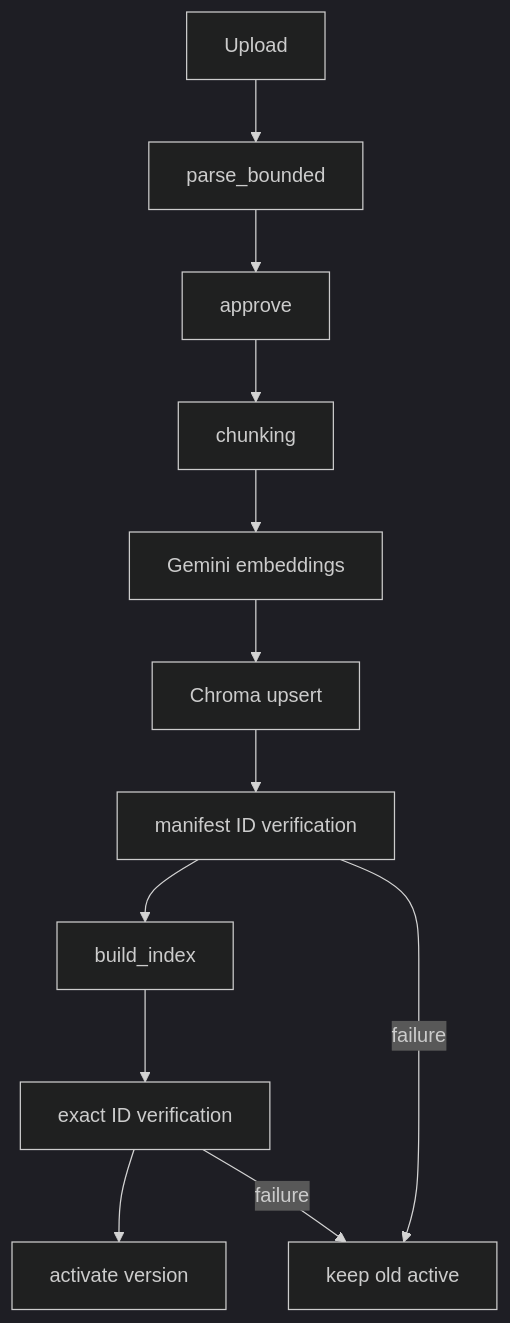
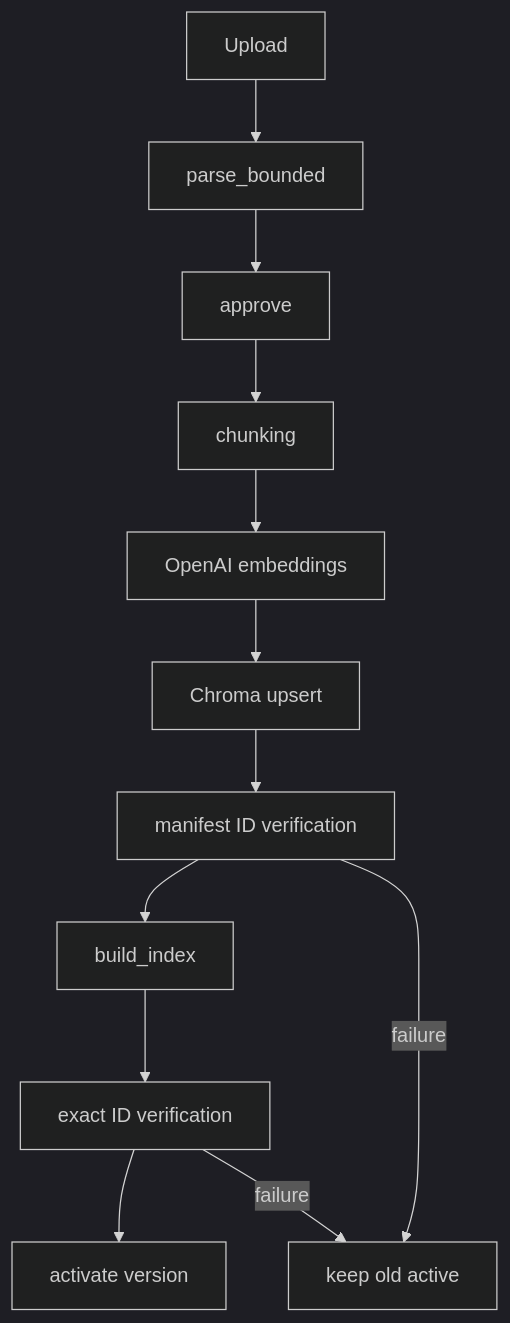
The second of 15 diagrams in documentation/08-advanced-rag-implementation.md (Dorjnyam/rag_chatbot_try), drawn with Mermaid (dark theme) before and after one commit. The commit also changed other lines of this file and 50 other files, not shown here.

````diff
--- a/documentation/08-advanced-rag-implementation.md
+++ b/documentation/08-advanced-rag-implementation.md
@@ -21,14 +21,14 @@
 ```mermaid
 flowchart TD
   Upload --> Extract[parse_bounded]
   Extract --> Review[approve]
   Review --> Chunks[chunking]
-  Chunks --> Embeddings[Gemini embeddings]
+  Chunks --> Embeddings[OpenAI embeddings]
   Embeddings --> Stage[Chroma upsert]
   Stage --> DenseCheck[manifest ID verification]
   DenseCheck --> Sparse[build_index]
   Sparse --> SparseCheck[exact ID verification]
   SparseCheck --> Activate[activate version]
   DenseCheck -->|failure| Fail[keep old active]
   SparseCheck -->|failure| Fail
 ```
````
